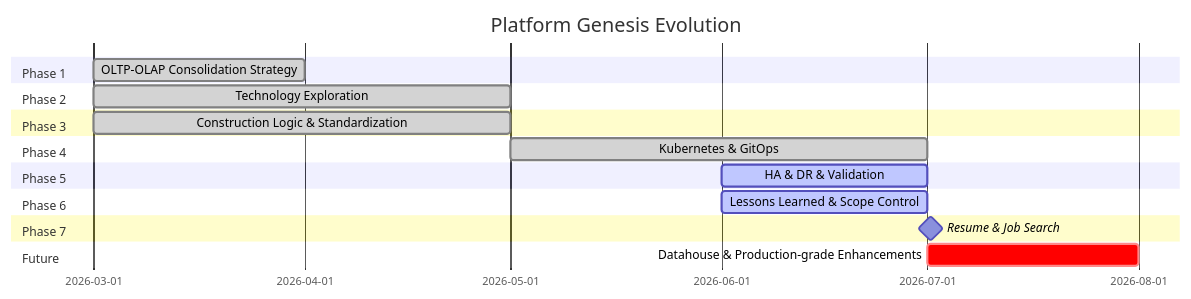
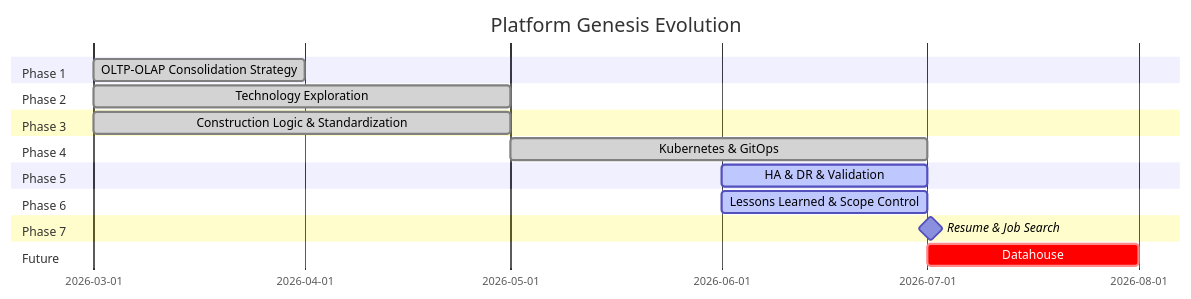
One commit to Junwu0615/Platform-Genesis changed the diagram in README.md. Above: the diagram before and after it, drawn with Mermaid. The commit also changed other lines of this file, not shown here.

````diff
--- a/README.md
+++ b/README.md
@@ -884,30 +884,30 @@
 ```mermaid
 gantt
     title Platform Genesis Evolution
 
     dateFormat YYYY-MM
 
     section Phase 1
     OLTP-OLAP Consolidation Strategy            :done, a1, 2026-03, 1M
 
     section Phase 2
     Technology Exploration                      :done, a2, 2026-03, 2M
 
     section Phase 3
     Construction Logic & Standardization        :done, a3, 2026-03, 2M
 
     section Phase 4
     Kubernetes & GitOps                         :done, a4, 2026-05, 2M
 
     section Phase 5
     HA & DR & Validation                        :active, a5, 2026-06, 1M
 
     section Phase 6
     Lessons Learned & Scope Control             :active, a6, 2026-06, 1M
 
     section Phase 7
     Resume & Job Search                         :milestone, a7, 2026-07, 1d
 
     section Future
-    Datahouse & Production-grade Enhancements   :crit, a8, 2026-07, 1M
+    Datahouse                                   :crit, a8, 2026-07, 1M
 ```
````
